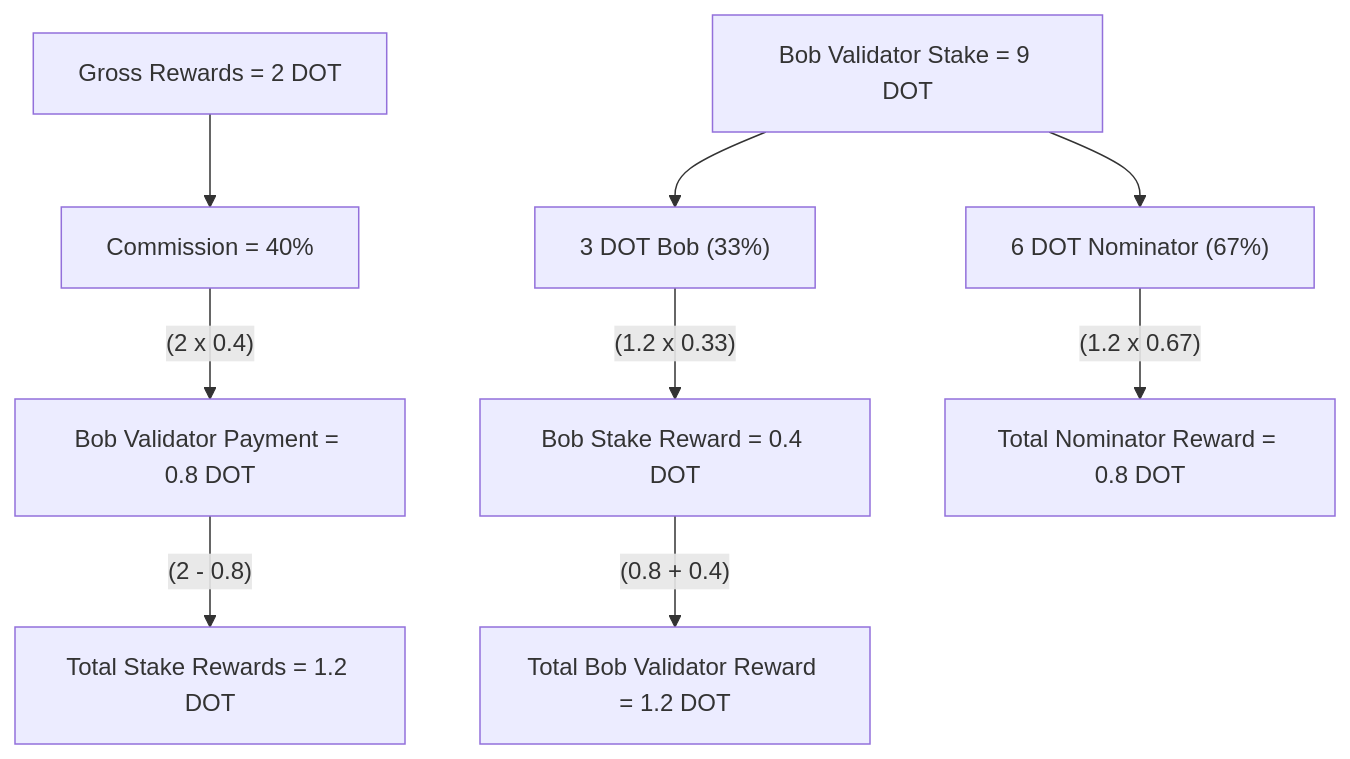
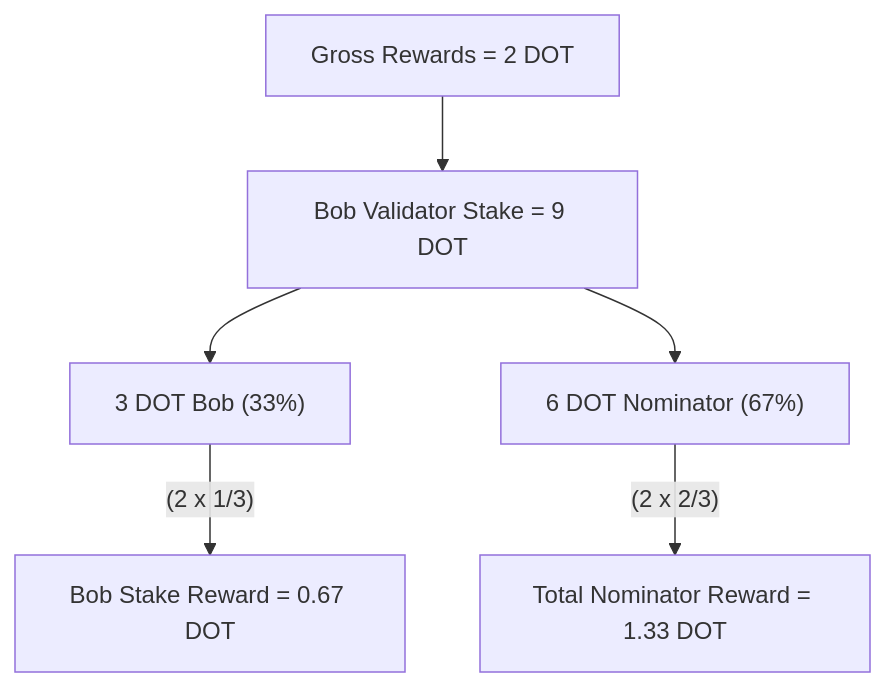
Before and after one commit to polkadot-developers/polkadot-docs: the sixth of 6 diagrams in docs/node-infrastructure/run-a-validator/staking-mechanics/rewards.md, drawn with Mermaid. The commit also changed other lines of this file and 4 other files, not shown here.

````diff
--- a/docs/node-infrastructure/run-a-validator/staking-mechanics/rewards.md
+++ b/docs/node-infrastructure/run-a-validator/staking-mechanics/rewards.md
@@ -182,23 +212,16 @@
 ``` mermaid
 
 flowchart TD
     A["Gross Rewards = 2 DOT"]
-    E["Commission = 40%"]
-    F["Bob Validator Payment = 0.8 DOT"]
-    G["Total Stake Rewards = 1.2 DOT"]
     B["Bob Validator Stake = 9 DOT"]
     C["3 DOT Bob (33%)"]
-    H["Bob Stake Reward = 0.4 DOT"]
-    I["Total Bob Validator Reward = 1.2 DOT"]
     D["6 DOT Nominator (67%)"]
-    J["Total Nominator Reward = 0.8 DOT"]
-    
-    A --> E
-    E --(2 x 0.4)--> F
-    F --(2 - 0.8)--> G
+    H["Bob Stake Reward = 0.67 DOT"]
+    J["Total Nominator Reward = 1.33 DOT"]
+
+    A --> B
     B --> C
     B --> D
-    C --(1.2 x 0.33)--> H
-    H --(0.8 + 0.4)--> I
-    D --(1.2 x 0.67)--> J
+    C --(2 x 1/3)--> H
+    D --(2 x 2/3)--> J
 ```
````
